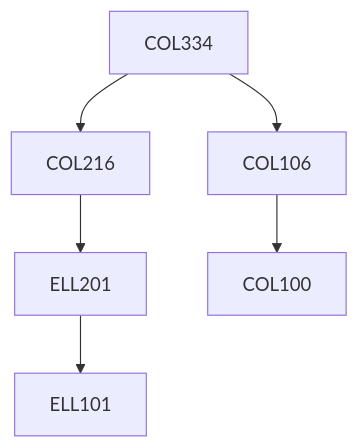
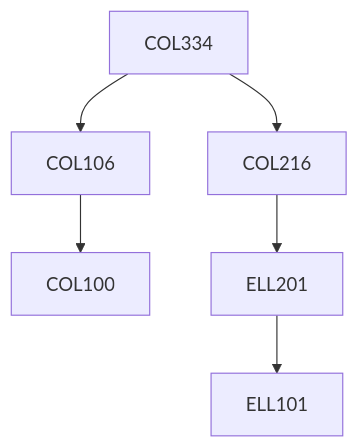
Before and after one commit to KeshavBansal0122/CoS_Website: the diagram in content/Computer Science and Engineering/COL334.md, drawn with Mermaid. The commit also changed other lines of this file and 392 other files, not shown here.

````diff
--- a/content/Computer Science and Engineering/COL334.md
+++ b/content/Computer Science and Engineering/COL334.md
@@ -15,12 +15,12 @@
 ```mermaid
 flowchart TD
 COL334-182[COL334]
 COL334-182 --> COL106-182[COL106]
+COL106-182 --> COL100-182[COL100]
+COL334-182 --> COL216-182[COL216]
 ELL201-182 --> ELL101-182[ELL101]
 COL216-182 --> ELL201-182[ELL201]
-COL106-182 --> COL100-182[COL100]
-COL334-182 --> COL216-182[COL216]
 
 classDef empty height:17px, fill:transparent, stroke:transparent;
 classDef trueEmpty height:0px, width:0px;
 ```
````
